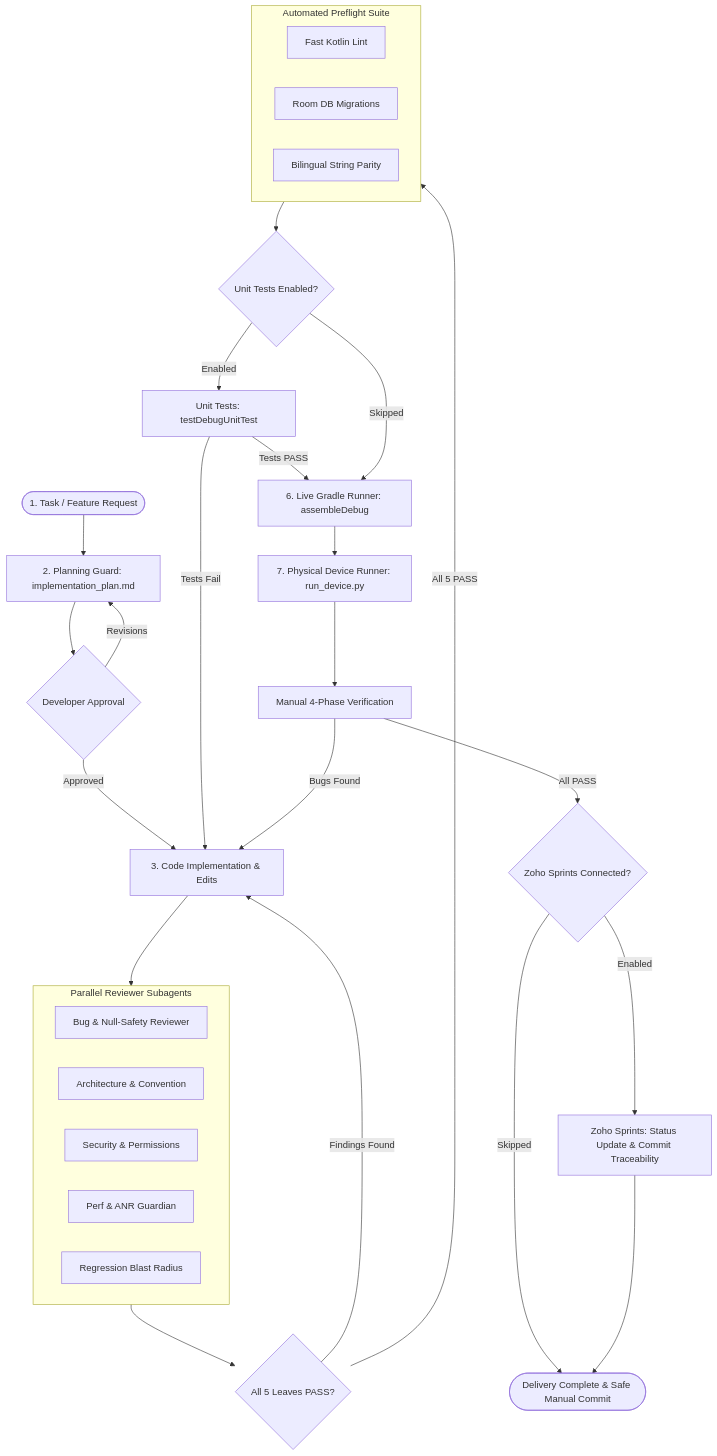
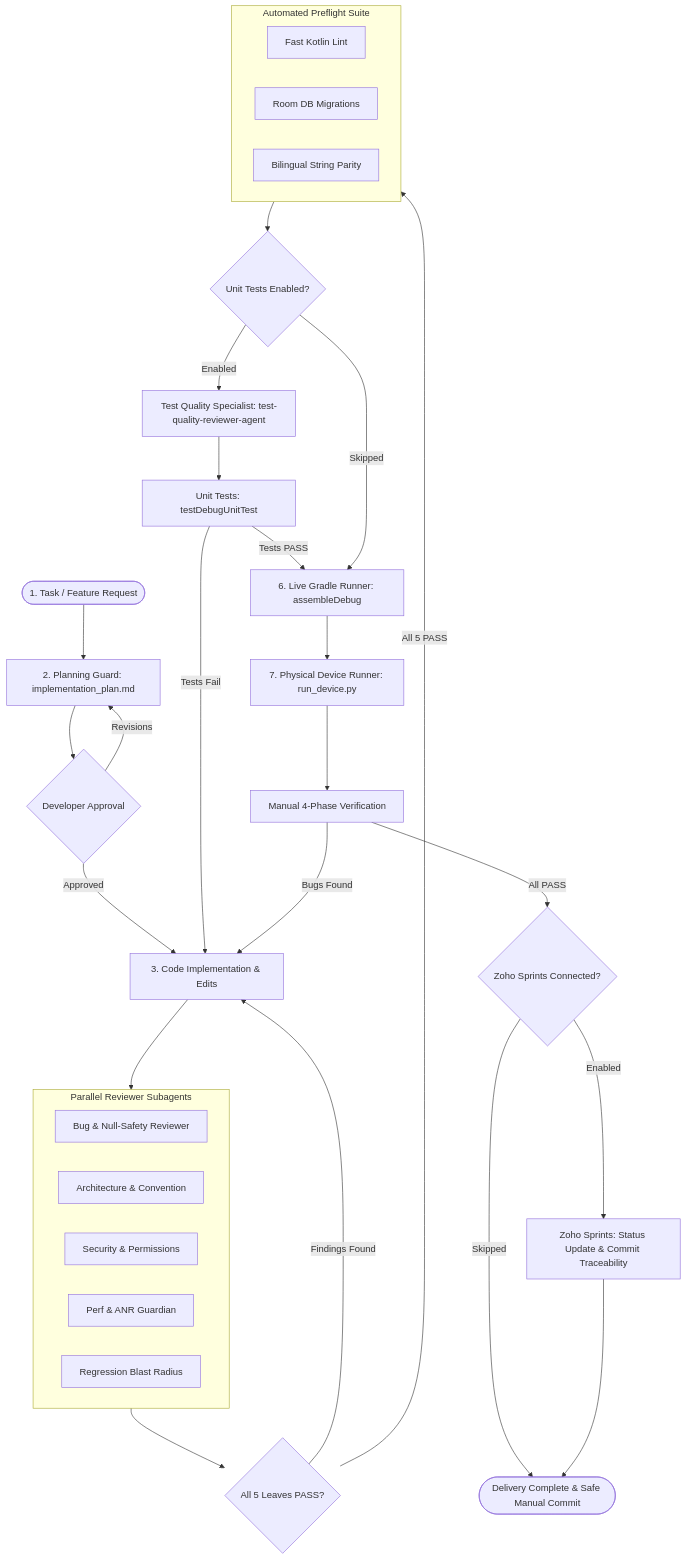
One commit to rabee-elkholy/android-agent-harness changed the first of 2 diagrams in README.md. Above: the diagram before and after it, drawn with Mermaid. The commit also changed other lines of this file and 10 other files, not shown here.

Commit message:
feat(specialists): integrate test-quality-reviewer-agent across all rules, workflows, adapters, and docs

````diff
--- a/README.md
+++ b/README.md
@@ -109,40 +109,41 @@
 ```mermaid
 flowchart TD
     Start(["1. Task / Feature Request"]) --> Plan["2. Planning Guard: implementation_plan.md"]
     Plan --> Approval{"Developer Approval"}
     Approval -- Revisions --> Plan
     Approval -- Approved --> Code["3. Code Implementation & Edits"]
     
     Code --> ReviewGate["4. Five-Leaf Parallel Review Gate"]
     subgraph ReviewGate ["Parallel Reviewer Subagents"]
         R1["Bug & Null-Safety Reviewer"]
         R2["Architecture & Convention"]
         R3["Security & Permissions"]
         R4["Perf & ANR Guardian"]
         R5["Regression Blast Radius"]
     end
     
     ReviewGate --> Verdict{"All 5 Leaves PASS?"}
     Verdict -- Findings Found --> Code
     Verdict -- All 5 PASS --> Preflight["5. Preflight Sanity Verification"]
     
     subgraph Preflight ["Automated Preflight Suite"]
         P1["Fast Kotlin Lint"]
         P2["Room DB Migrations"]
         P3["Bilingual String Parity"]
     end
     
     Preflight --> TestCheck{"Unit Tests Enabled?"}
-    TestCheck -- Enabled --> UnitTests["Unit Tests: testDebugUnitTest"]
+    TestCheck -- Enabled --> TestQualityReview["Test Quality Specialist: test-quality-reviewer-agent"]
+    TestQualityReview --> UnitTests["Unit Tests: testDebugUnitTest"]
     UnitTests -- Tests Fail --> Code
     UnitTests -- Tests PASS --> Gradle["6. Live Gradle Runner: assembleDebug"]
     TestCheck -- Skipped --> Gradle
     
     Gradle --> Device["7. Physical Device Runner: run_device.py"]
     Device --> ManualSignoff["Manual 4-Phase Verification"]
     ManualSignoff -- Bugs Found --> Code
     ManualSignoff -- All PASS --> ZohoCheck{"Zoho Sprints Connected?"}
     ZohoCheck -- Enabled --> Zoho["Zoho Sprints: Status Update & Commit Traceability"]
     ZohoCheck -- Skipped --> Finish(["Delivery Complete & Safe Manual Commit"])
     Zoho --> Finish
 ```
````
